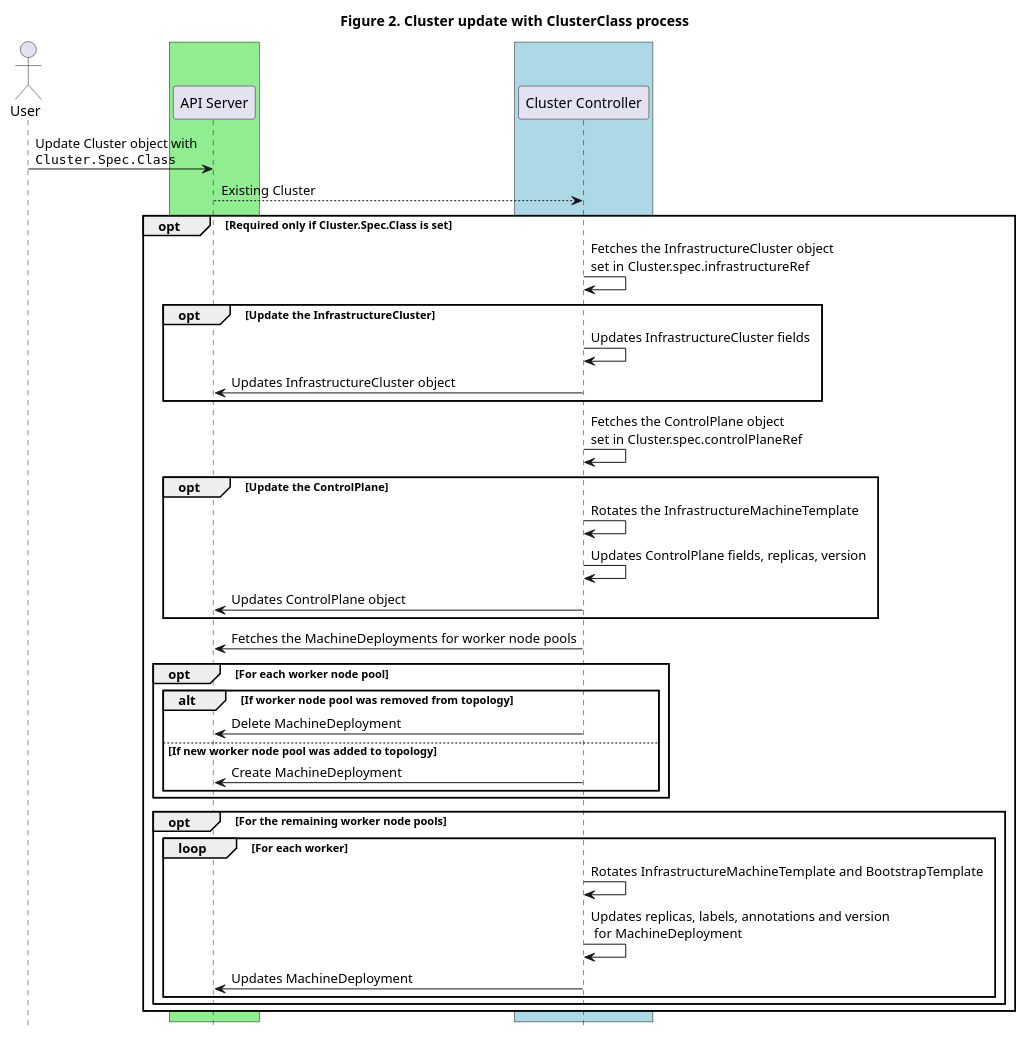
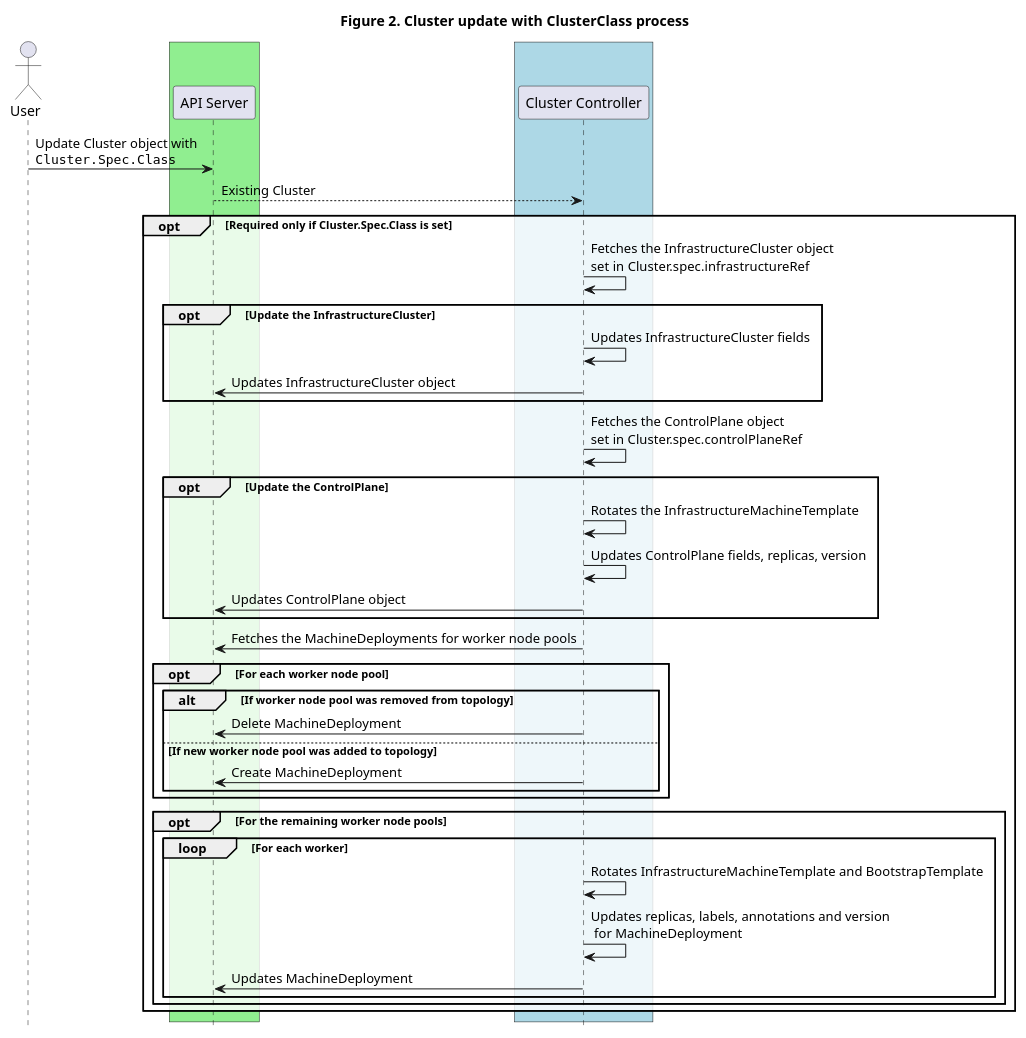
Before and after one commit to kubernetes-sigs/cluster-api: the diagram in docs/proposals/images/cluster-class/update.plantuml, drawn with PlantUML. The commit also changed 27 other files, not shown here.

Commit message:
Add PlantUML diagram transparency for book and proposals

```diff
--- a/docs/proposals/images/cluster-class/update.plantuml
+++ b/docs/proposals/images/cluster-class/update.plantuml
@@ -1,52 +1,52 @@
 @startuml
 title Figure 2. Cluster update with ClusterClass process
 actor User
 
 ' -- GROUPS START ---
 
 box #LightGreen
 participant "API Server"
 end box
 
 box #LightBlue
 participant "Cluster Controller"
 end box
 
 ' -- GROUPS END ---
 
 User -> "API Server" : Update Cluster object with\n""Cluster.Spec.Class""
 "API Server" --> "Cluster Controller": Existing Cluster
-opt #white Required only if Cluster.Spec.Class is set
+opt #FFFFFFCC Required only if Cluster.Spec.Class is set
   "Cluster Controller" -> "Cluster Controller": Fetches the InfrastructureCluster object\nset in Cluster.spec.infrastructureRef
   opt Update the InfrastructureCluster
     "Cluster Controller" -> "Cluster Controller": Updates InfrastructureCluster fields
     "Cluster Controller" -> "API Server": Updates InfrastructureCluster object
   end
 
   "Cluster Controller" -> "Cluster Controller": Fetches the ControlPlane object\nset in Cluster.spec.controlPlaneRef
   opt Update the ControlPlane
     "Cluster Controller" -> "Cluster Controller": Rotates the InfrastructureMachineTemplate
     "Cluster Controller" -> "Cluster Controller": Updates ControlPlane fields, replicas, version
     "Cluster Controller" -> "API Server": Updates ControlPlane object
   end
 
   "Cluster Controller" -> "API Server": Fetches the MachineDeployments for worker node pools
   opt For each worker node pool
     alt If worker node pool was removed from topology
       "Cluster Controller" -> "API Server": Delete MachineDeployment
     else If new worker node pool was added to topology
       "Cluster Controller" -> "API Server": Create MachineDeployment
     end
   end
   opt For the remaining worker node pools
     loop For each worker
       "Cluster Controller" -> "Cluster Controller": Rotates InfrastructureMachineTemplate and BootstrapTemplate
       "Cluster Controller" -> "Cluster Controller": Updates replicas, labels, annotations and version\n for MachineDeployment
       "Cluster Controller" -> "API Server": Updates MachineDeployment
     end
   end
 end
 
 
 hide footbox
 @enduml
```
